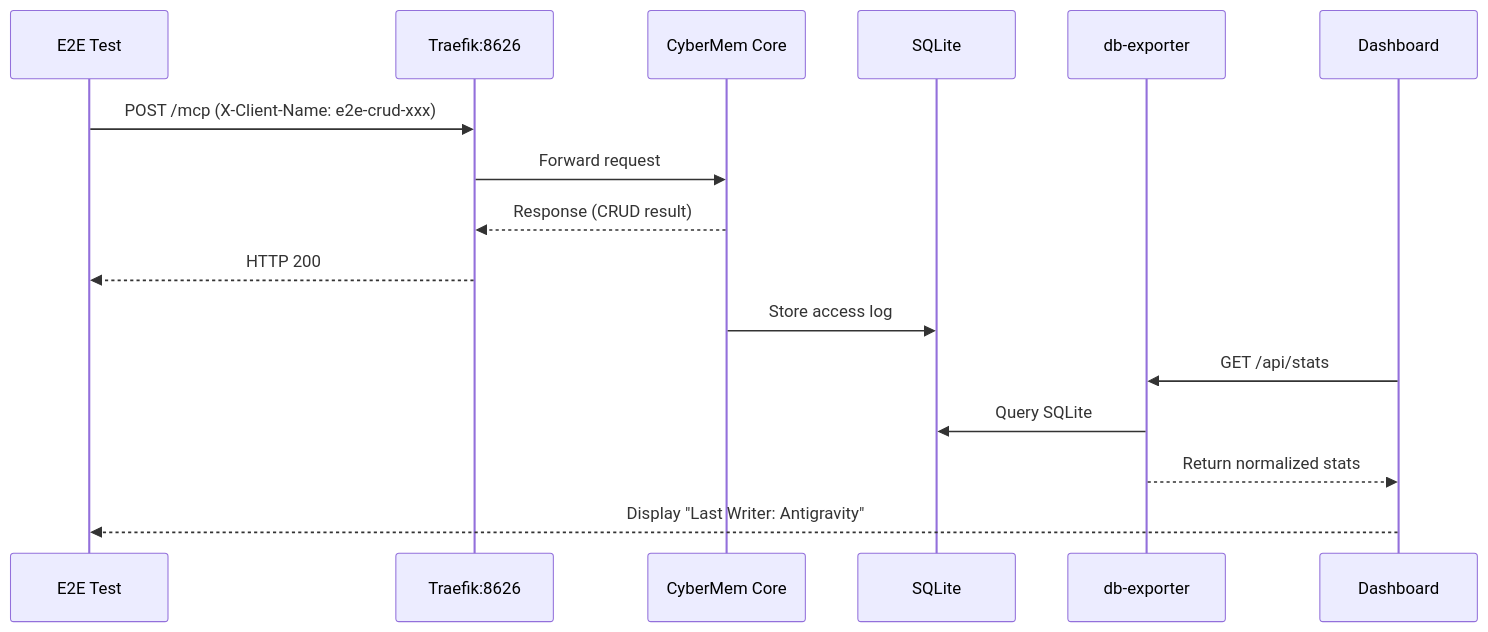
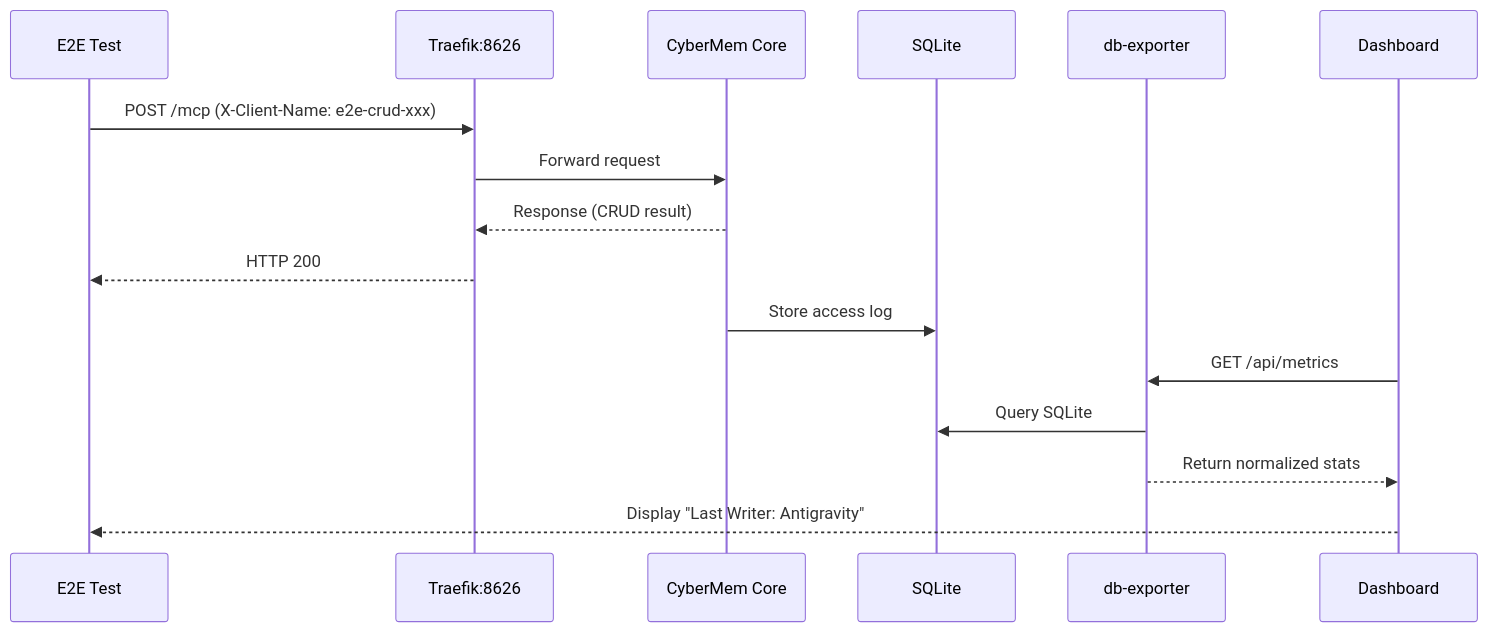
Before and after one commit to mikhailkogan17/cybermem: the diagram in GEMINI.md, drawn with Mermaid. The commit also changed other lines of this file and 126 other files, not shown here.

````diff
--- a/GEMINI.md
+++ b/GEMINI.md
@@ -221,19 +224,19 @@
 ```mermaid
 sequenceDiagram
     participant Test as E2E Test
     participant Traefik as Traefik:8626
     participant CM as CyberMem Core
     participant DB as SQLite
     participant DBE as db-exporter
     participant Dash as Dashboard
 
     Test->>Traefik: POST /mcp (X-Client-Name: e2e-crud-xxx)
     Traefik->>CM: Forward request
     CM-->>Traefik: Response (CRUD result)
     Traefik-->>Test: HTTP 200
     CM->>DB: Store access log
-    Dash->>DBE: GET /api/stats
+    Dash->>DBE: GET /api/metrics
     DBE->>DB: Query SQLite
     DBE-->>Dash: Return normalized stats
     Dash-->>Test: Display "Last Writer: Antigravity"
 ```
````
